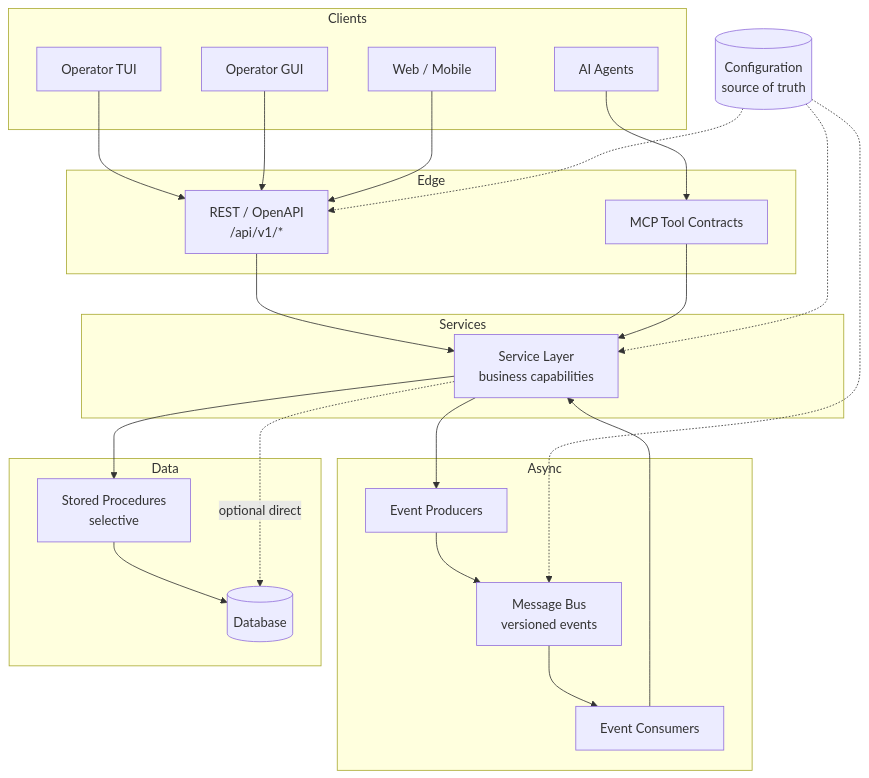
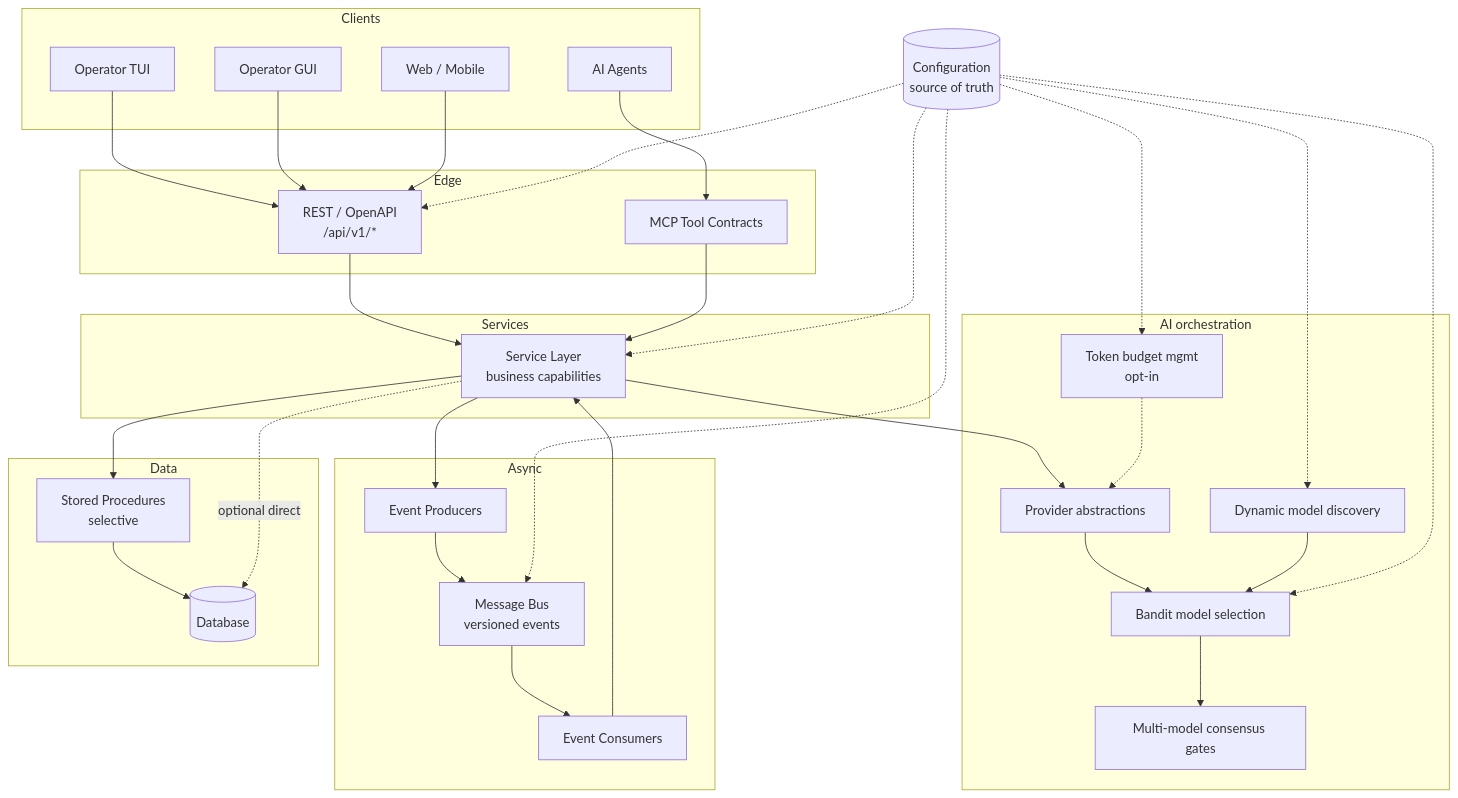
The diagram in docs/architecture/reference-architecture.md (FlossWare/engineering-standards), drawn with Mermaid before and after one commit. The commit also changed other lines of this file and 4 other files, not shown here.

First line of the commit message:
[grok] Strengthen ADR-0001 opt-in layers; add ADR-0016 config-as-source-of-truth; update diagram and README

````diff
--- a/docs/architecture/reference-architecture.md
+++ b/docs/architecture/reference-architecture.md
@@ -7,52 +7,69 @@
 ```mermaid
 flowchart TB
   subgraph Clients
     UI_TUI[Operator TUI]
     UI_GUI[Operator GUI]
     UI_WEB[Web / Mobile]
     AGENTS[AI Agents]
   end
 
   subgraph Edge
     REST["REST / OpenAPI\n/api/v1/*"]
     MCP[MCP Tool Contracts]
   end
 
   subgraph Services
     SVC[Service Layer\nbusiness capabilities]
+  end
+
+  subgraph AI_Orchestration["AI orchestration"]
+    DISC[Dynamic model discovery]
+    BANDIT[Bandit model selection]
+    CONSENSUS[Multi-model consensus gates]
+    TOKENS[Token budget mgmt\nopt-in]
+    PROV[Provider abstractions]
   end
 
   subgraph Async
     BUS[Message Bus\nversioned events]
     PROD[Event Producers]
     CONS[Event Consumers]
   end
 
   subgraph Data
     SP[Stored Procedures\nselective]
     DB[(Database)]
   end
 
   CFG[(Configuration\nsource of truth)]
 
   UI_TUI --> REST
   UI_GUI --> REST
   UI_WEB --> REST
   AGENTS --> MCP
 
   REST --> SVC
   MCP --> SVC
 
+  SVC --> PROV
+  PROV --> BANDIT
+  DISC --> BANDIT
+  BANDIT --> CONSENSUS
+  TOKENS -.-> PROV
+
   SVC --> SP
   SP --> DB
   SVC -.->|optional direct| DB
 
   SVC --> PROD
   PROD --> BUS
   BUS --> CONS
   CONS --> SVC
 
   CFG -.-> SVC
   CFG -.-> REST
   CFG -.-> BUS
+  CFG -.-> DISC
+  CFG -.-> BANDIT
+  CFG -.-> TOKENS
 ```
````
